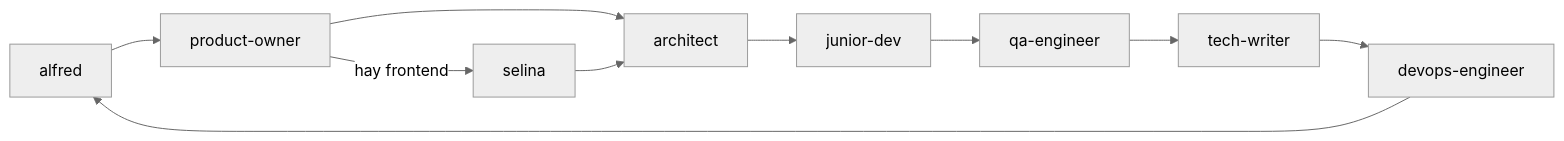
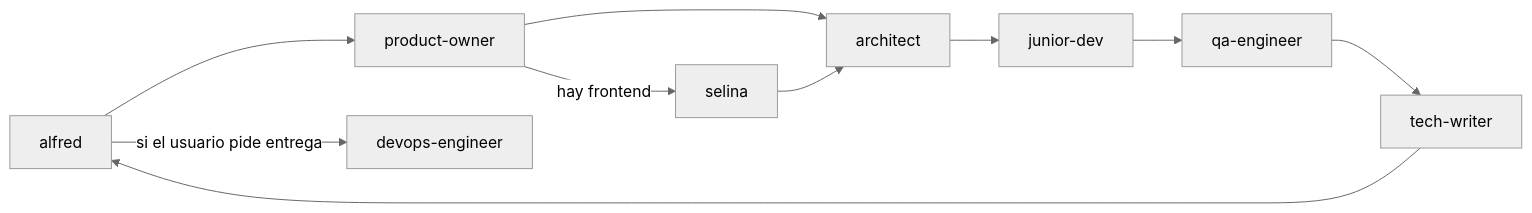
Before and after one commit to SrScorpio/alfred-dev-vscode: the diagram in README.md, drawn with Mermaid (neutral theme). The commit also changed other lines of this file and 17 other files, not shown here.

````diff
--- a/README.md
+++ b/README.md
@@ -189,12 +194,12 @@
 ```mermaid
 flowchart LR
     A[alfred] --> PO[product-owner]
     PO -->|hay frontend| SE[selina]
     PO --> AR[architect]
     SE --> AR
     AR --> JD[junior-dev]
     JD --> QA[qa-engineer]
     QA --> TW[tech-writer]
-    TW --> DO[devops-engineer]
-    DO --> A
+    TW --> A
+    A -->|si el usuario pide entrega| DO[devops-engineer]
 ```
````
